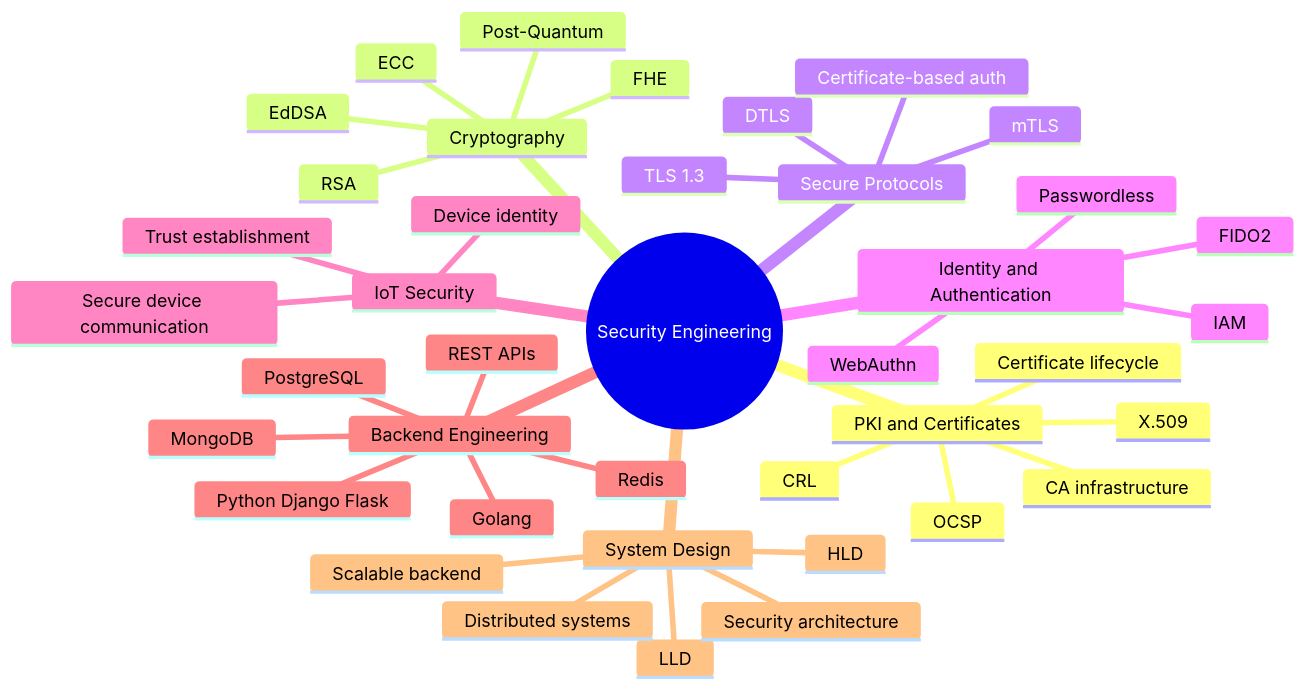
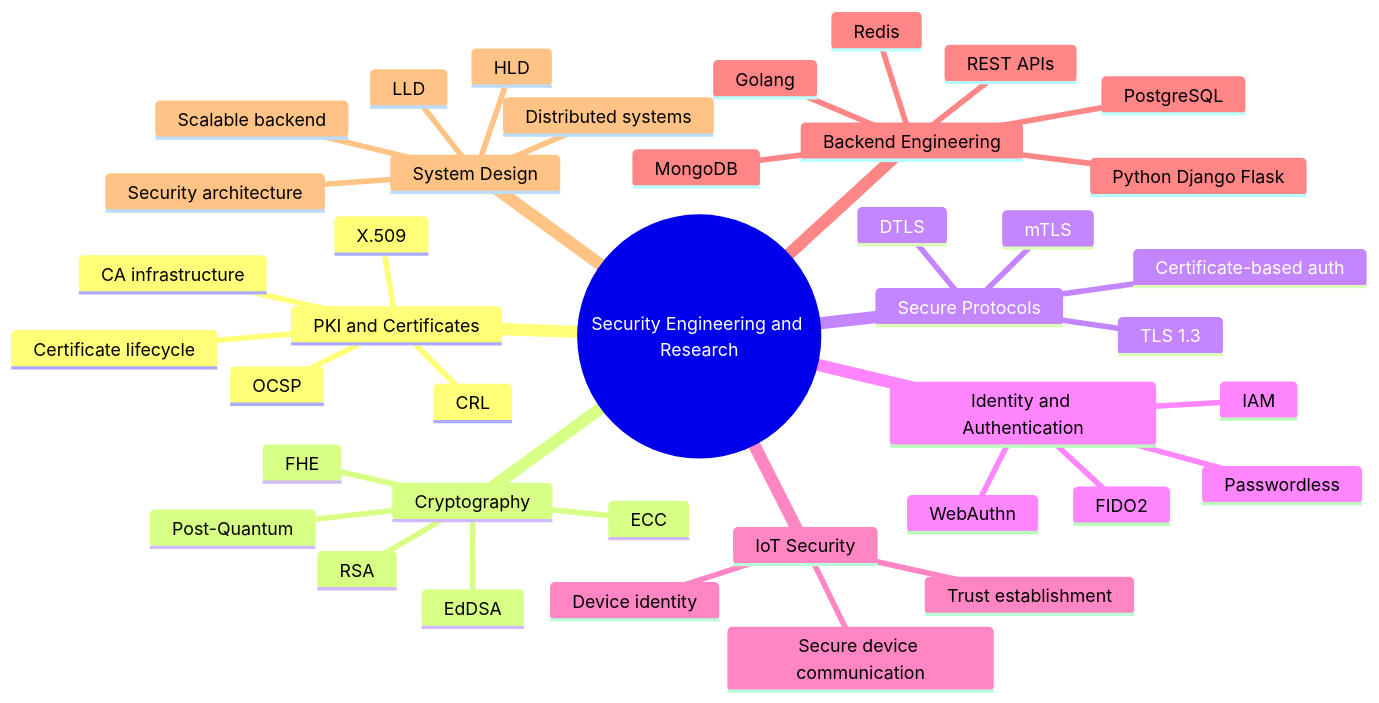
Before and after one commit to Siva27Guru/Siva27Guru: the third of 8 diagrams in README.md, drawn with Mermaid.

Commit message:
Update README to include 'Research' in title

````diff
--- a/README.md
+++ b/README.md
@@ -67,43 +67,43 @@
 ```mermaid
 mindmap
-  root((Security Engineering))
+  root((Security Engineering and Research))
     PKI and Certificates
       X.509
       Certificate lifecycle
       CA infrastructure
       OCSP
       CRL
     Cryptography
       RSA
       ECC
       EdDSA
       Post-Quantum
       FHE
     Secure Protocols
       TLS 1.3
       mTLS
       DTLS
       Certificate-based auth
     Identity and Authentication
       WebAuthn
       FIDO2
       IAM
       Passwordless
     IoT Security
       Device identity
       Trust establishment
       Secure device communication
     Backend Engineering
       Python Django Flask
       Golang
       REST APIs
       PostgreSQL
       MongoDB
       Redis
     System Design
       LLD
       HLD
       Distributed systems
       Security architecture
       Scalable backend
 ```
````
